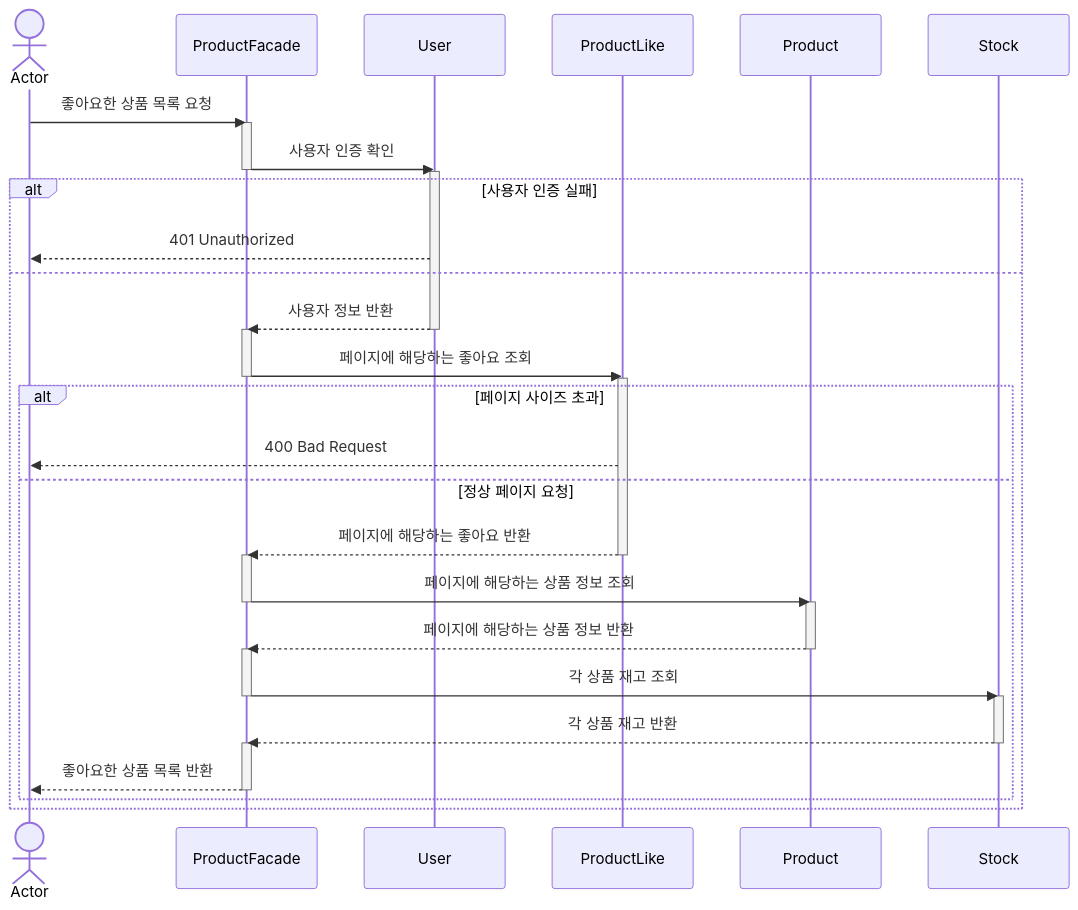
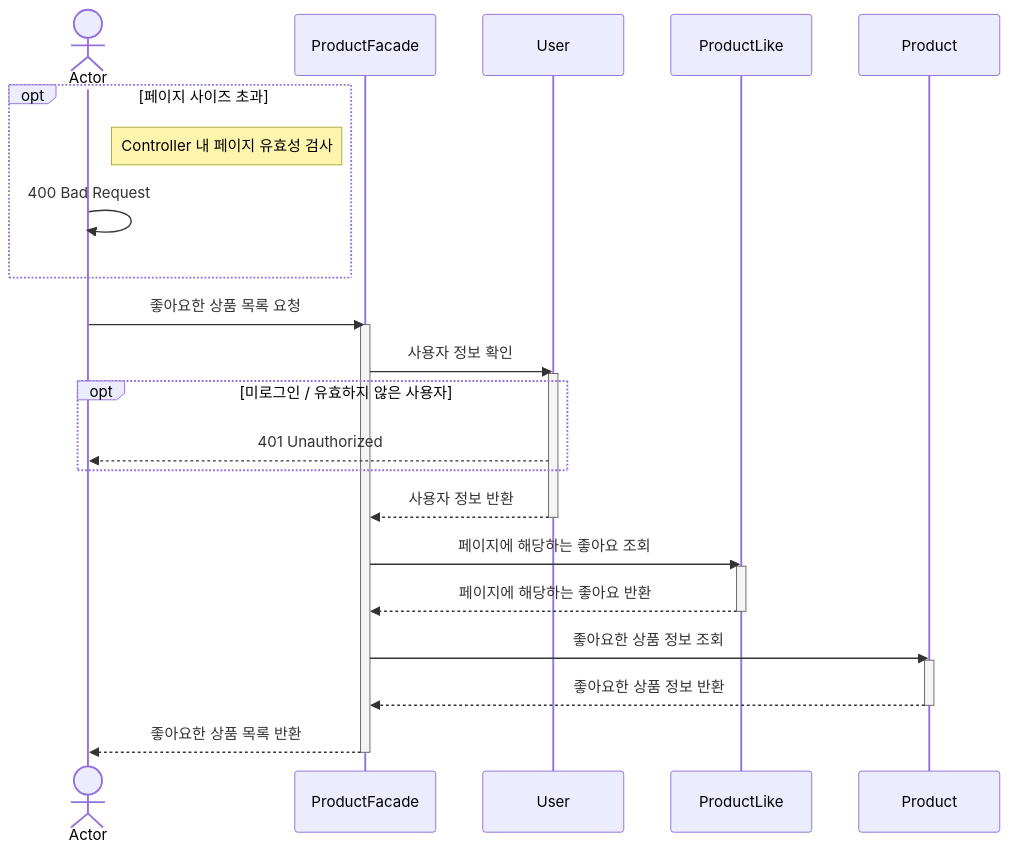
Before and after one commit to hgh1472/loopers: the sixth of 9 diagrams in docs/design/02-sequence-diagrams.md, drawn with Mermaid. The commit also changed other lines of this file and 3 other files, not shown here.

````diff
--- a/docs/design/02-sequence-diagrams.md
+++ b/docs/design/02-sequence-diagrams.md
@@ -237,46 +168,32 @@
 ```mermaid
 sequenceDiagram
   Actor A as Actor
   Participant PF as ProductFacade
   Participant U as User
   Participant L as ProductLike
   Participant P as Product
-  Participant S as Stock
-  
+
+  opt 페이지 사이즈 초과
+  Note right of A: Controller 내 페이지 유효성 검사
+  A->>A: 400 Bad Request
+  end
   A->>PF: 좋아요한 상품 목록 요청
   activate PF
-  PF->>U: 사용자 인증 확인
-  deactivate PF
+  PF->>U: 사용자 정보 확인
   activate U
-  alt 사용자 인증 실패
+  opt 미로그인 / 유효하지 않은 사용자
     U-->>A: 401 Unauthorized
-  else
+  end
     U-->>PF: 사용자 정보 반환
     deactivate U
-    activate PF
     PF->>L: 페이지에 해당하는 좋아요 조회
+    activate L
+    L-->>PF: 페이지에 해당하는 좋아요 반환
+    deactivate L
+    PF->>P: 좋아요한 상품 정보 조회
+    activate P
+    P-->>PF: 좋아요한 상품 정보 반환
+    deactivate P
+    PF-->>A: 좋아요한 상품 목록 반환
     deactivate PF
-    activate L
-    alt 페이지 사이즈 초과
-      L-->>A: 400 Bad Request
-    else 정상 페이지 요청
-      L-->>PF: 페이지에 해당하는 좋아요 반환
-      deactivate L
-      activate PF
-      PF->>P: 페이지에 해당하는 상품 정보 조회
-      deactivate PF
-      activate P
-      P-->>PF: 페이지에 해당하는 상품 정보 반환
-      deactivate P
-      activate PF
-      PF->>S: 각 상품 재고 조회
-      deactivate PF
-      activate S
-      S-->>PF: 각 상품 재고 반환
-      deactivate S
-      activate PF
-      PF-->>A: 좋아요한 상품 목록 반환
-      deactivate PF
-      end
-  end
 ```
````
